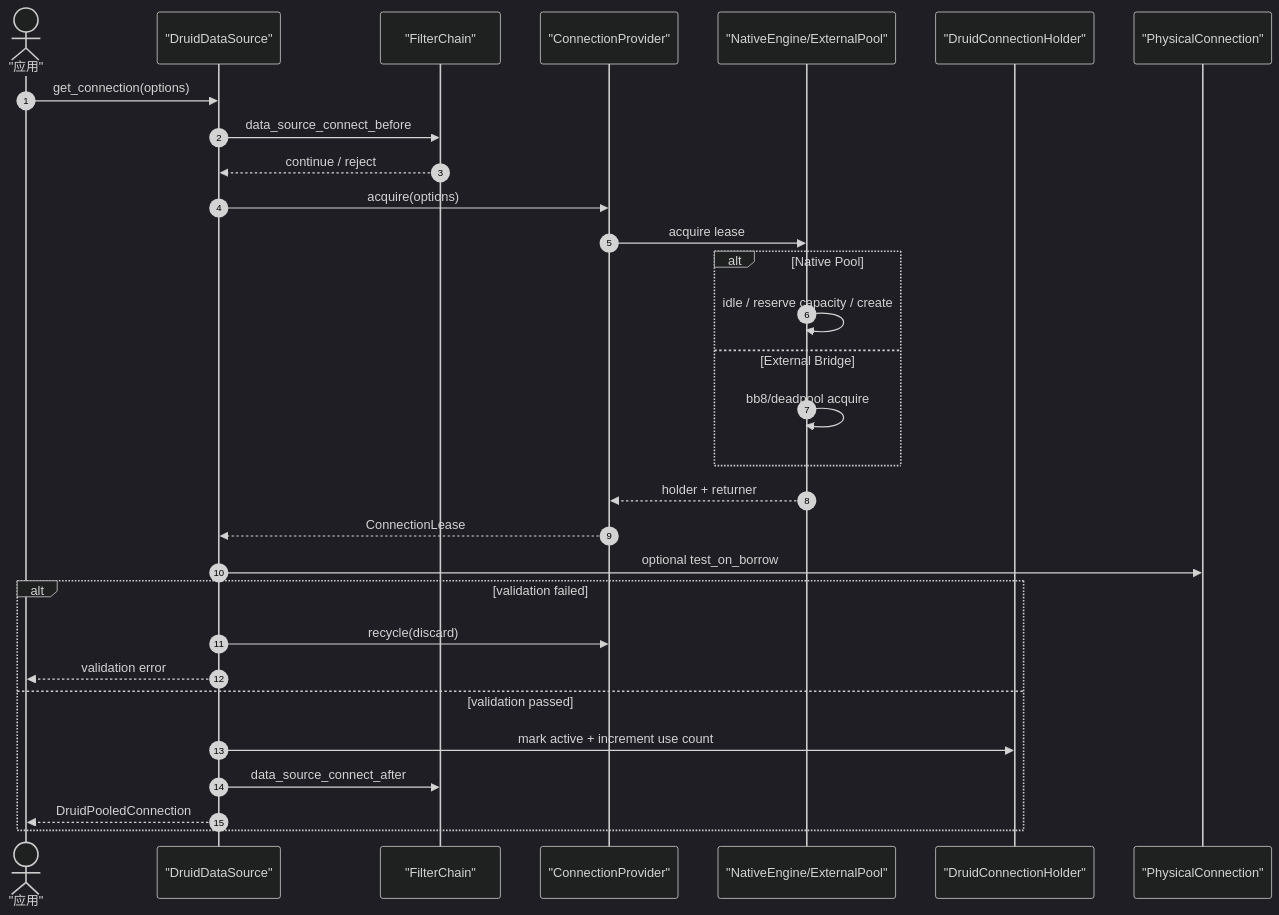
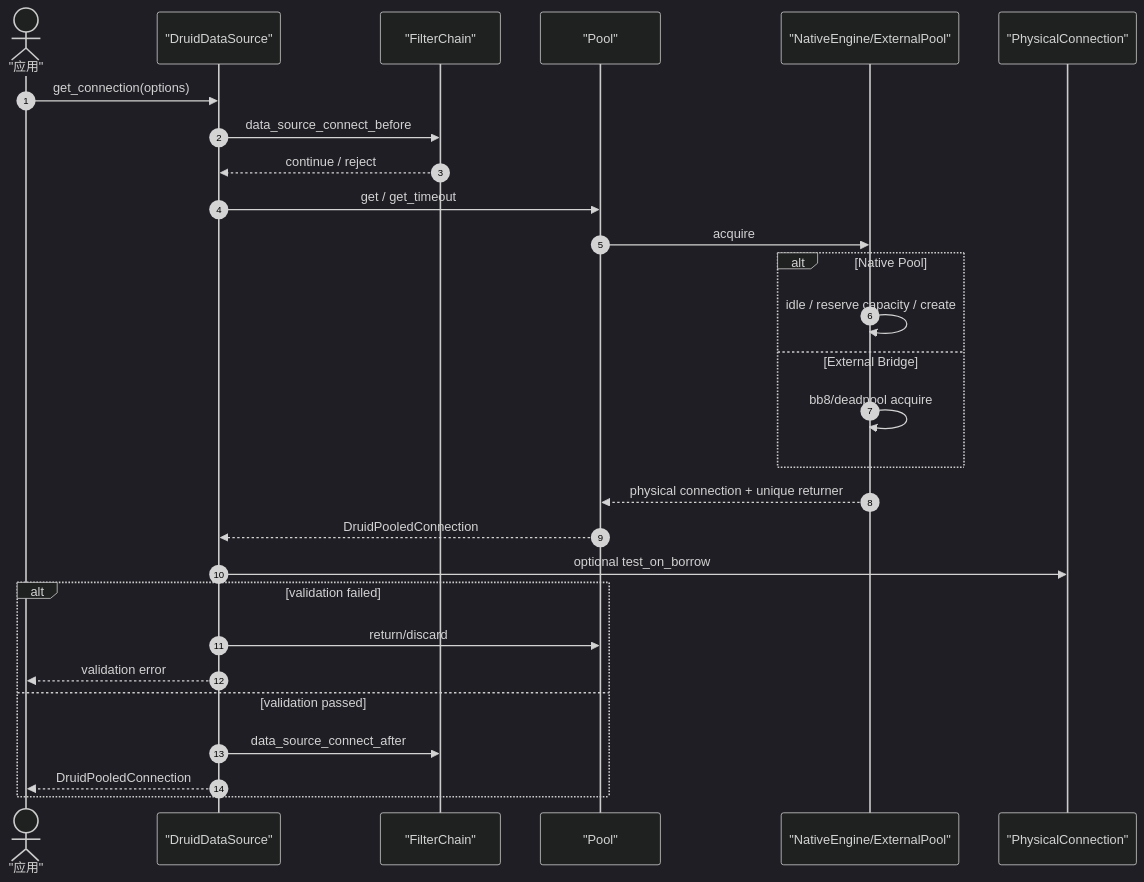
One commit to easy-4-rust/druid-rust changed the third of 7 diagrams in doc/migration/5、连接抽象与驱动适配架构.md. Above: the diagram before and after it, drawn with Mermaid (dark theme). The commit also changed other lines of this file and 45 other files, not shown here.

````diff
--- a/doc/migration/5、连接抽象与驱动适配架构.md
+++ b/doc/migration/5、连接抽象与驱动适配架构.md
@@ -412,33 +437,31 @@
 ```mermaid
 sequenceDiagram
     autonumber
     actor App as "应用"
     participant DS as "DruidDataSource"
     participant Chain as "FilterChain"
-    participant Provider as "ConnectionProvider"
+    participant Provider as "Pool"
     participant Source as "NativeEngine/ExternalPool"
-    participant Holder as "DruidConnectionHolder"
     participant Conn as "PhysicalConnection"
 
     App->>DS: get_connection(options)
     DS->>Chain: data_source_connect_before
     Chain-->>DS: continue / reject
-    DS->>Provider: acquire(options)
-    Provider->>Source: acquire lease
+    DS->>Provider: get / get_timeout
+    Provider->>Source: acquire
     alt Native Pool
         Source->>Source: idle / reserve capacity / create
     else External Bridge
         Source->>Source: bb8/deadpool acquire
     end
-    Source-->>Provider: holder + returner
-    Provider-->>DS: ConnectionLease
+    Source-->>Provider: physical connection + unique returner
+    Provider-->>DS: DruidPooledConnection
     DS->>Conn: optional test_on_borrow
     alt validation failed
-        DS->>Provider: recycle(discard)
+        DS->>Provider: return/discard
         DS-->>App: validation error
     else validation passed
-        DS->>Holder: mark active + increment use count
         DS->>Chain: data_source_connect_after
         DS-->>App: DruidPooledConnection
     end
 ```
````
